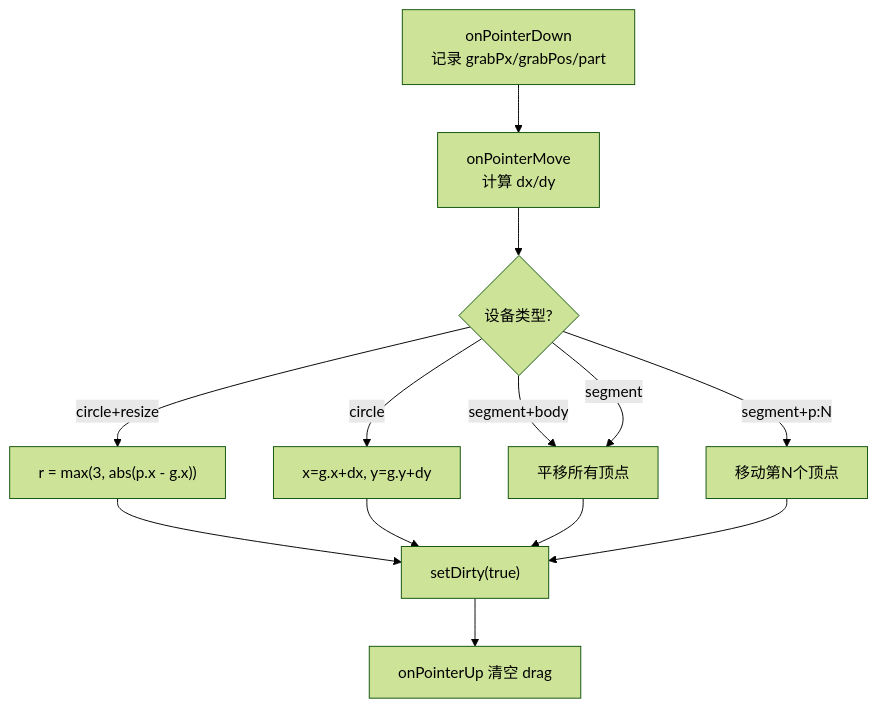
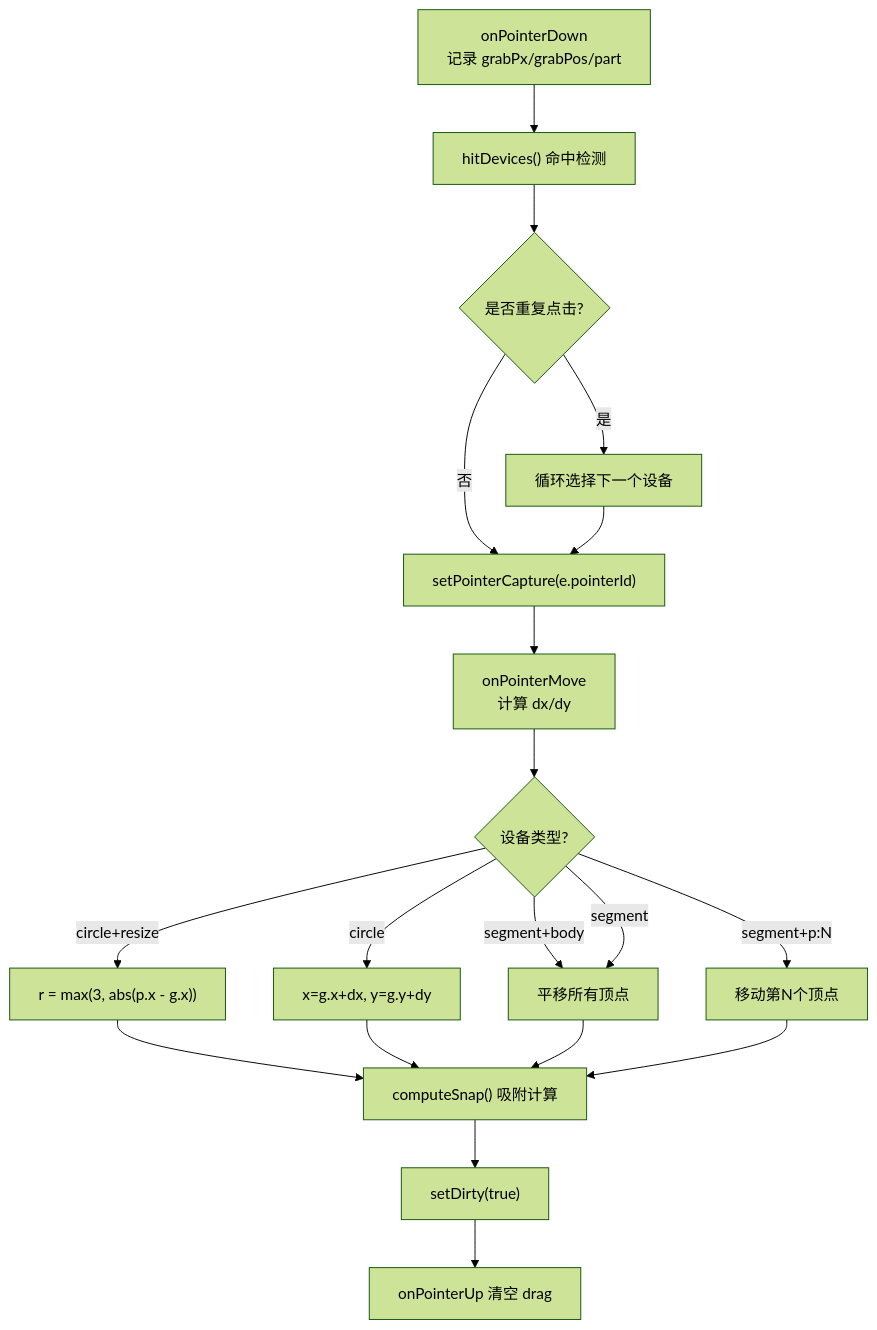
The fourth of 10 diagrams in .qoder/repowiki/zh/content/Web控制台/布局编辑器.md (zh79325/opple-cloud-adapter), drawn with Mermaid (forest theme) before and after one commit. The commit also changed other lines of this file and 29 other files, not shown here.

````diff
--- a/.qoder/repowiki/zh/content/Web控制台/布局编辑器.md
+++ b/.qoder/repowiki/zh/content/Web控制台/布局编辑器.md
@@ -152,15 +180,21 @@
 ```mermaid
 flowchart TD
-Down["onPointerDown<br/>记录 grabPx/grabPos/part"] --> Move["onPointerMove<br/>计算 dx/dy"]
+Down["onPointerDown<br/>记录 grabPx/grabPos/part"] --> Hit["hitDevices() 命中检测"]
+Hit --> Loop{"是否重复点击?"}
+Loop --> |是| Cycle["循环选择下一个设备"]
+Loop --> |否| Capture["setPointerCapture(e.pointerId)"]
+Cycle --> Capture
+Capture --> Move["onPointerMove<br/>计算 dx/dy"]
 Move --> Kind{"设备类型?"}
 Kind --> |circle+resize| Resize["r = max(3, abs(p.x - g.x))"]
 Kind --> |circle| MoveCircle["x=g.x+dx, y=g.y+dy"]
 Kind --> |segment+body| MoveSeg["平移所有顶点"]
 Kind --> |segment+p:N| MoveVertex["移动第N个顶点"]
 Kind --> |segment| MoveSeg
-Resize --> Dirty["setDirty(true)"]
-MoveCircle --> Dirty
-MoveSeg --> Dirty
-MoveVertex --> Dirty
+Resize --> Snap["computeSnap() 吸附计算"]
+MoveCircle --> Snap
+MoveSeg --> Snap
+MoveVertex --> Snap
+Snap --> Dirty["setDirty(true)"]
 Dirty --> Up["onPointerUp 清空 drag"]
 ```
````
